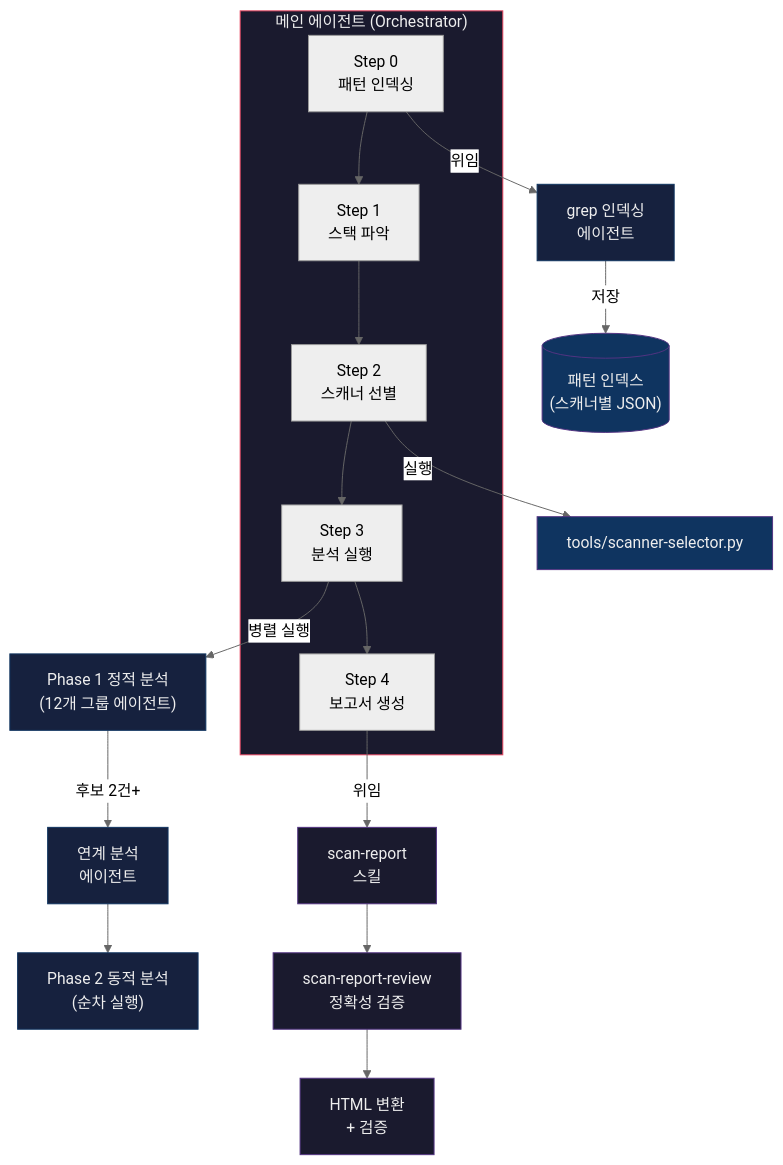
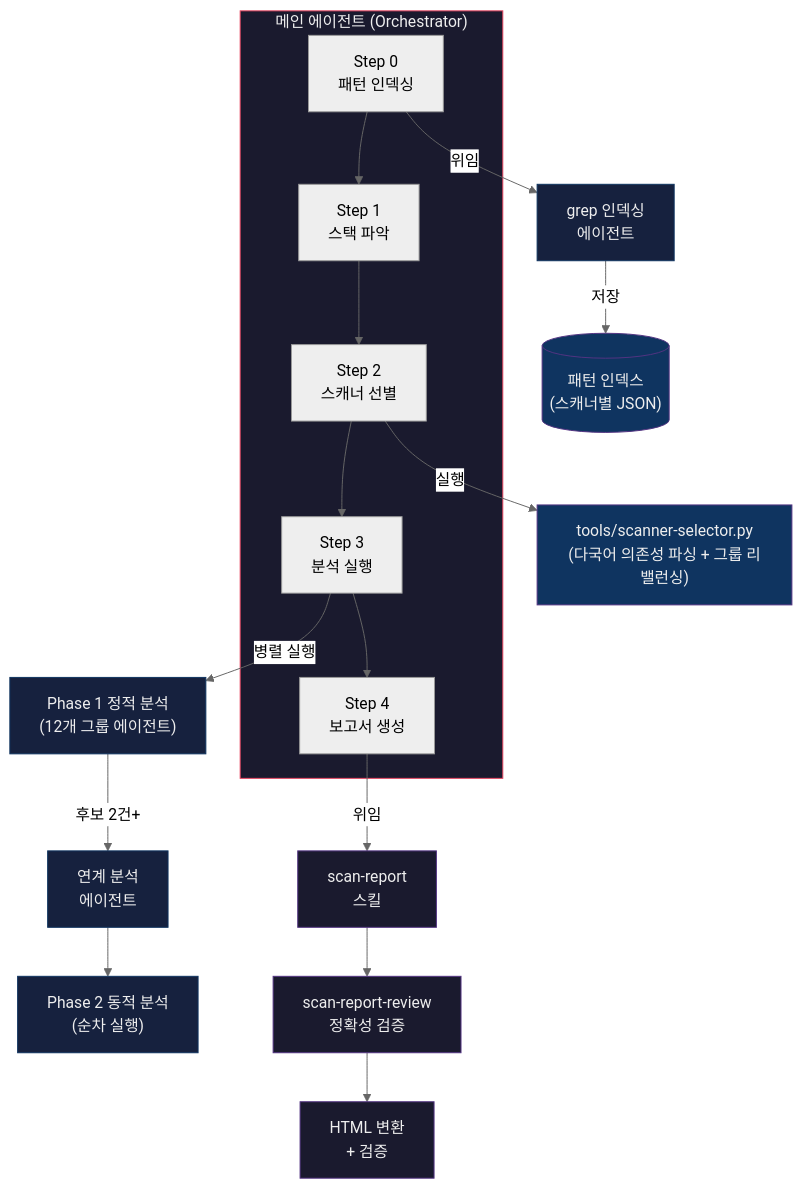
Before and after one commit to nomarlhack/noah-sast: the first of 4 diagrams in README.md, drawn with Mermaid (neutral theme). The commit also changed other lines of this file, not shown here.

Commit message:
docs: README 업데이트 — 새 폴더 구조, 리밸런싱, Tier 병렬화, 증분 캐시 반영

````diff
--- a/README.md
+++ b/README.md
@@ -41,35 +43,35 @@
 ```mermaid
 flowchart TB
     subgraph Orchestrator["메인 에이전트 (Orchestrator)"]
         S0["Step 0\n패턴 인덱싱"]
         S1["Step 1\n스택 파악"]
         S2["Step 2\n스캐너 선별"]
         S3["Step 3\n분석 실행"]
         S4["Step 4\n보고서 생성"]
         S0 --> S1 --> S2 --> S3 --> S4
     end
 
     S0 -->|위임| GrepAgent["grep 인덱싱\n에이전트"]
     GrepAgent -->|저장| IndexDir[("패턴 인덱스\n(스캐너별 JSON)")]
 
-    S2 -->|실행| Selector["tools/scanner-selector.py"]
+    S2 -->|실행| Selector["tools/scanner-selector.py\n(다국어 의존성 파싱 + 그룹 리밸런싱)"]
 
     S3 -->|병렬 실행| P1["Phase 1 정적 분석\n(12개 그룹 에이전트)"]
     P1 -->|후보 2건+| Chain["연계 분석\n에이전트"]
     Chain --> P2["Phase 2 동적 분석\n(순차 실행)"]
 
     S4 -->|위임| Report["scan-report\n스킬"]
     Report --> Review["scan-report-review\n정확성 검증"]
     Review --> HTML["HTML 변환\n+ 검증"]
 
     style Orchestrator fill:#1a1a2e,stroke:#e94560,color:#eee
     style GrepAgent fill:#16213e,stroke:#0f3460,color:#eee
     style IndexDir fill:#0f3460,stroke:#533483,color:#eee
     style P1 fill:#16213e,stroke:#0f3460,color:#eee
     style Chain fill:#16213e,stroke:#0f3460,color:#eee
     style P2 fill:#16213e,stroke:#0f3460,color:#eee
     style Report fill:#1a1a2e,stroke:#533483,color:#eee
     style Review fill:#1a1a2e,stroke:#533483,color:#eee
     style HTML fill:#1a1a2e,stroke:#533483,color:#eee
     style Selector fill:#0f3460,stroke:#533483,color:#eee
 ```
````
